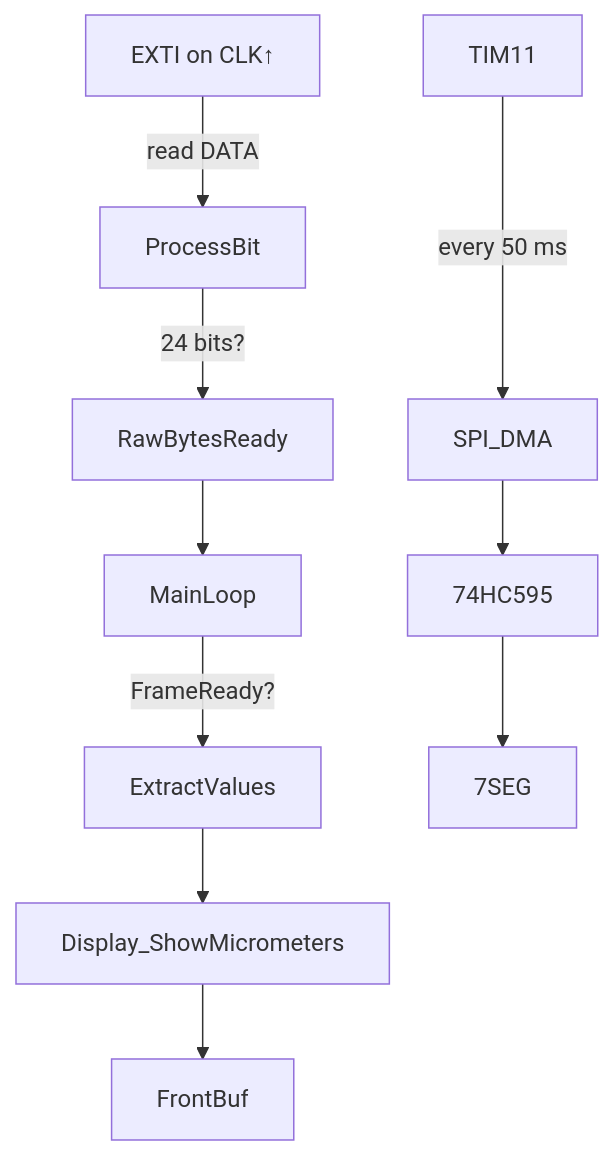
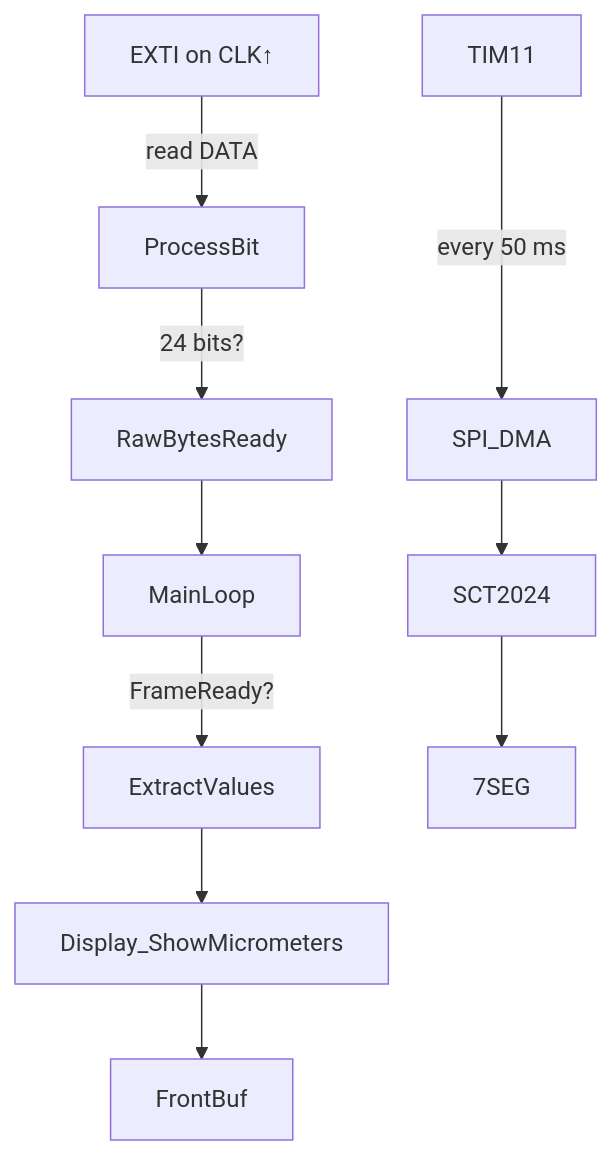
Before and after one commit to jego-ekscelencja/ParksideCaliper: the diagram in README.md, drawn with Mermaid. The commit also changed other lines of this file, not shown here.

````diff
--- a/README.md
+++ b/README.md
@@ -68,11 +68,11 @@
 ```mermaid
 graph TD
   CLK_ISR[EXTI on CLK↑] -->|read DATA| ProcessBit
   ProcessBit -->|24 bits?| RawBytesReady
   RawBytesReady --> MainLoop
   MainLoop -->|FrameReady?| ExtractValues
   ExtractValues --> Showµm[Display_ShowMicrometers]
   Showµm --> FrontBuf
   TIM11 --->|every 50 ms| SPI_DMA
-  SPI_DMA --> 74HC595 --> 7SEG
+  SPI_DMA --> SCT2024 --> 7SEG
 ```
````
